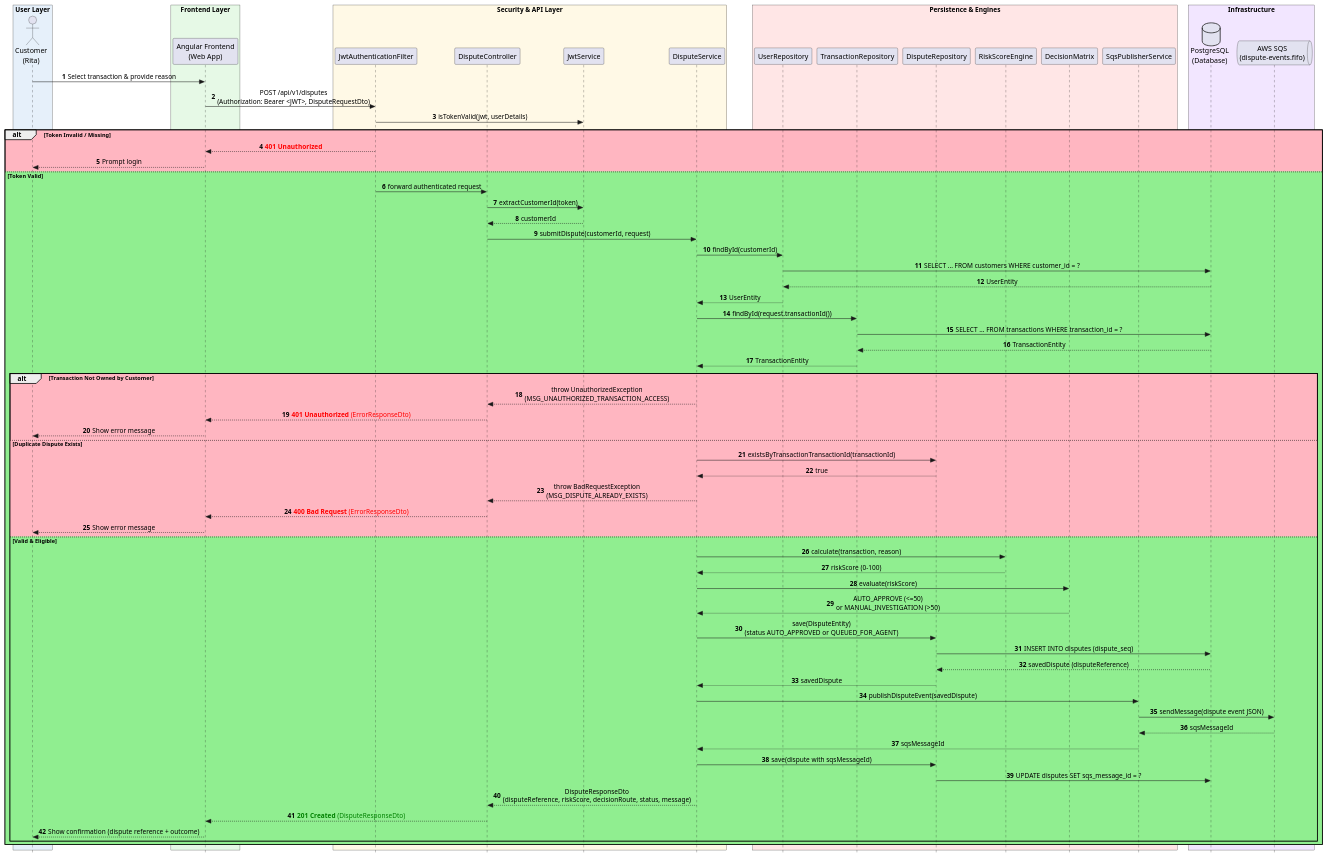
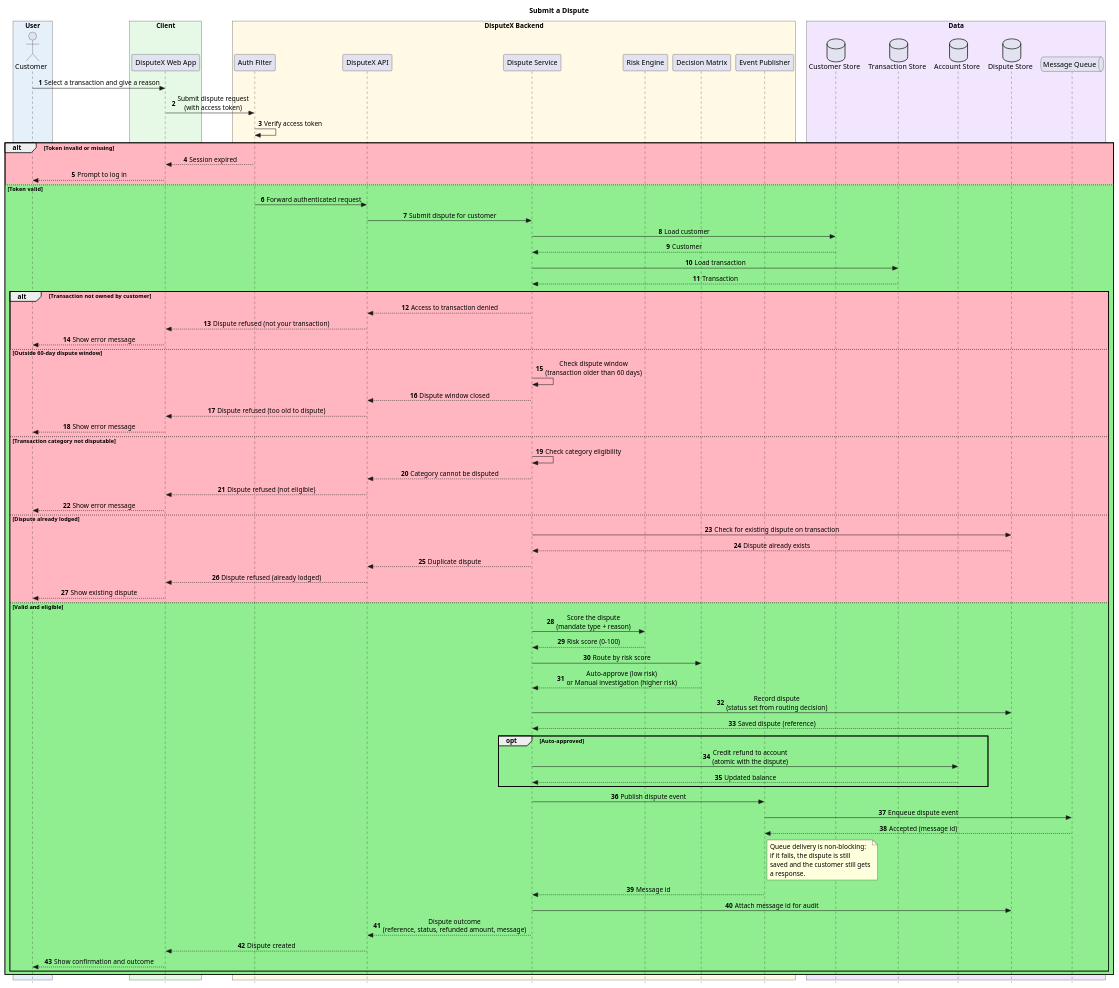
Before and after one commit to MOzil-10/Transaction-Dispute-Service: the diagram in sequenceDiagram/SubmitDispute.puml, drawn with PlantUML. The commit also changed 24 other files, not shown here.

Commit message:
Updated unit tests, updated the sequence diagrams and updated security as well

```diff
--- a/sequenceDiagram/SubmitDispute.puml
+++ b/sequenceDiagram/SubmitDispute.puml
@@ -1,93 +1,100 @@
 @startuml
+title Submit a Dispute
 autonumber
 skinparam Style strictuml
 skinparam SequenceMessageAlignment center
 skinparam boxPadding 10
 
-box "User Layer" #E6F0FA
-actor "Customer\n(Rita)" as Customer
+box "User" #E6F0FA
+actor "Customer" as Customer
 end box
 
-box "Frontend Layer" #E6F9E6
-participant "Angular Frontend\n(Web App)" as Frontend
+box "Client" #E6F9E6
+participant "DisputeX Web App" as Frontend
 end box
 
-box "Security & API Layer" #FFF9E6
-participant "JwtAuthenticationFilter" as Filter
-participant "DisputeController" as Controller
-participant "JwtService" as JWT
-participant "DisputeService" as Service
+box "DisputeX Backend" #FFF9E6
+participant "Auth Filter" as Filter
+participant "DisputeX API" as Api
+participant "Dispute Service" as Service
+participant "Risk Engine" as RiskEngine
+participant "Decision Matrix" as Decision
+participant "Event Publisher" as Publisher
 end box
 
-box "Persistence & Engines" #FFE6E6
-participant "UserRepository" as UserRepo
-participant "TransactionRepository" as TxnRepo
-participant "DisputeRepository" as DisputeRepo
-participant "RiskScoreEngine" as RiskEngine
-participant "DecisionMatrix" as DecisionMatrix
-participant "SqsPublisherService" as SqsPublisher
+box "Data" #F2E6FF
+database "Customer Store" as CustomerDB
+database "Transaction Store" as TxnDB
+database "Account Store" as AccountDB
+database "Dispute Store" as DisputeDB
+queue "Message Queue" as Queue
 end box
 
-box "Infrastructure" #F2E6FF
-database "PostgreSQL\n(Database)" as DB
-queue "AWS SQS\n(dispute-events.fifo)" as SQS
-end box
+Customer -> Frontend: Select a transaction and give a reason
+Frontend -> Filter: Submit dispute request\n(with access token)
 
-Customer -> Frontend: Select transaction & provide reason
-Frontend -> Filter: POST /api/v1/disputes\n(Authorization: Bearer <JWT>, DisputeRequestDto)
+Filter -> Filter: Verify access token
+alt #LightPink Token invalid or missing
+    Filter --> Frontend: Session expired
+    Frontend --> Customer: Prompt to log in
+else #LightGreen Token valid
+    Filter -> Api: Forward authenticated request
+    Api -> Service: Submit dispute for customer
 
-Filter -> JWT: isTokenValid(jwt, userDetails)
-alt #LightPink Token Invalid / Missing
-    Filter --> Frontend: <font color=red><b>401 Unauthorized</b></font>
-    Frontend --> Customer: Prompt login
-else #LightGreen Token Valid
-    Filter -> Controller: forward authenticated request
-    Controller -> JWT: extractCustomerId(token)
-    JWT --> Controller: customerId
-    Controller -> Service: submitDispute(customerId, request)
+    Service -> CustomerDB: Load customer
+    CustomerDB --> Service: Customer
+    Service -> TxnDB: Load transaction
+    TxnDB --> Service: Transaction
 
-    Service -> UserRepo: findById(customerId)
-    UserRepo -> DB: SELECT ... FROM customers WHERE customer_id = ?
-    DB --> UserRepo: UserEntity
-    UserRepo --> Service: UserEntity
+    alt #LightPink Transaction not owned by customer
+        Service --> Api: Access to transaction denied
+        Api --> Frontend: Dispute refused (not your transaction)
+        Frontend --> Customer: Show error message
+    else #LightPink Outside 60-day dispute window
+        Service -> Service: Check dispute window\n(transaction older than 60 days)
+        Service --> Api: Dispute window closed
+        Api --> Frontend: Dispute refused (too old to dispute)
+        Frontend --> Customer: Show error message
+    else #LightPink Transaction category not disputable
+        Service -> Service: Check category eligibility
+        Service --> Api: Category cannot be disputed
+        Api --> Frontend: Dispute refused (not eligible)
+        Frontend --> Customer: Show error message
+    else #LightPink Dispute already lodged
+        Service -> DisputeDB: Check for existing dispute on transaction
+        DisputeDB --> Service: Dispute already exists
+        Service --> Api: Duplicate dispute
+        Api --> Frontend: Dispute refused (already lodged)
+        Frontend --> Customer: Show existing dispute
+    else #LightGreen Valid and eligible
+        Service -> RiskEngine: Score the dispute\n(mandate type + reason)
+        RiskEngine --> Service: Risk score (0-100)
+        Service -> Decision: Route by risk score
+        Decision --> Service: Auto-approve (low risk)\nor Manual investigation (higher risk)
 
-    Service -> TxnRepo: findById(request.transactionId())
-    TxnRepo -> DB: SELECT ... FROM transactions WHERE transaction_id = ?
-    DB --> TxnRepo: TransactionEntity
-    TxnRepo --> Service: TransactionEntity
+        Service -> DisputeDB: Record dispute\n(status set from routing decision)
+        DisputeDB --> Service: Saved dispute (reference)
 
-    alt #LightPink Transaction Not Owned by Customer
-        Service --> Controller: throw UnauthorizedException\n(MSG_UNAUTHORIZED_TRANSACTION_ACCESS)
-        Controller --> Frontend: <font color=red><b>401 Unauthorized</b> (ErrorResponseDto)</font>
-        Frontend --> Customer: Show error message
-    else #LightPink Duplicate Dispute Exists
-        Service -> DisputeRepo: existsByTransactionTransactionId(transactionId)
-        DisputeRepo --> Service: true
-        Service --> Controller: throw BadRequestException\n(MSG_DISPUTE_ALREADY_EXISTS)
-        Controller --> Frontend: <font color=red><b>400 Bad Request</b> (ErrorResponseDto)</font>
-        Frontend --> Customer: Show error message
-    else #LightGreen Valid & Eligible
-        Service -> RiskEngine: calculate(transaction, reason)
-        RiskEngine --> Service: riskScore (0-100)
+        opt Auto-approved
+            Service -> AccountDB: Credit refund to account\n(atomic with the dispute)
+            AccountDB --> Service: Updated balance
+        end
 
-        Service -> DecisionMatrix: evaluate(riskScore)
-        DecisionMatrix --> Service: AUTO_APPROVE (<=50)\nor MANUAL_INVESTIGATION (>50)
+        Service -> Publisher: Publish dispute event
+        Publisher -> Queue: Enqueue dispute event
+        Queue --> Publisher: Accepted (message id)
+        note right of Publisher
+          Queue delivery is non-blocking:
+          if it fails, the dispute is still
+          saved and the customer still gets
+          a response.
+        end note
+        Publisher --> Service: Message id
+        Service -> DisputeDB: Attach message id for audit
 
-        Service -> DisputeRepo: save(DisputeEntity)\n(status AUTO_APPROVED or QUEUED_FOR_AGENT)
-        DisputeRepo -> DB: INSERT INTO disputes (dispute_seq)
-        DB --> DisputeRepo: savedDispute (disputeReference)
-        DisputeRepo --> Service: savedDispute
-
-        Service -> SqsPublisher: publishDisputeEvent(savedDispute)
-        SqsPublisher -> SQS: sendMessage(dispute event JSON)
-        SQS --> SqsPublisher: sqsMessageId
-        SqsPublisher --> Service: sqsMessageId
-        Service -> DisputeRepo: save(dispute with sqsMessageId)
-        DisputeRepo -> DB: UPDATE disputes SET sqs_message_id = ?
-
-        Service --> Controller: DisputeResponseDto\n(disputeReference, riskScore, decisionRoute, status, message)
-        Controller --> Frontend: <font color=green><b>201 Created</b> (DisputeResponseDto)</font>
-        Frontend --> Customer: Show confirmation (dispute reference + outcome)
+        Service --> Api: Dispute outcome\n(reference, status, refunded amount, message)
+        Api --> Frontend: Dispute created
+        Frontend --> Customer: Show confirmation and outcome
     end
 end
 @enduml
```
